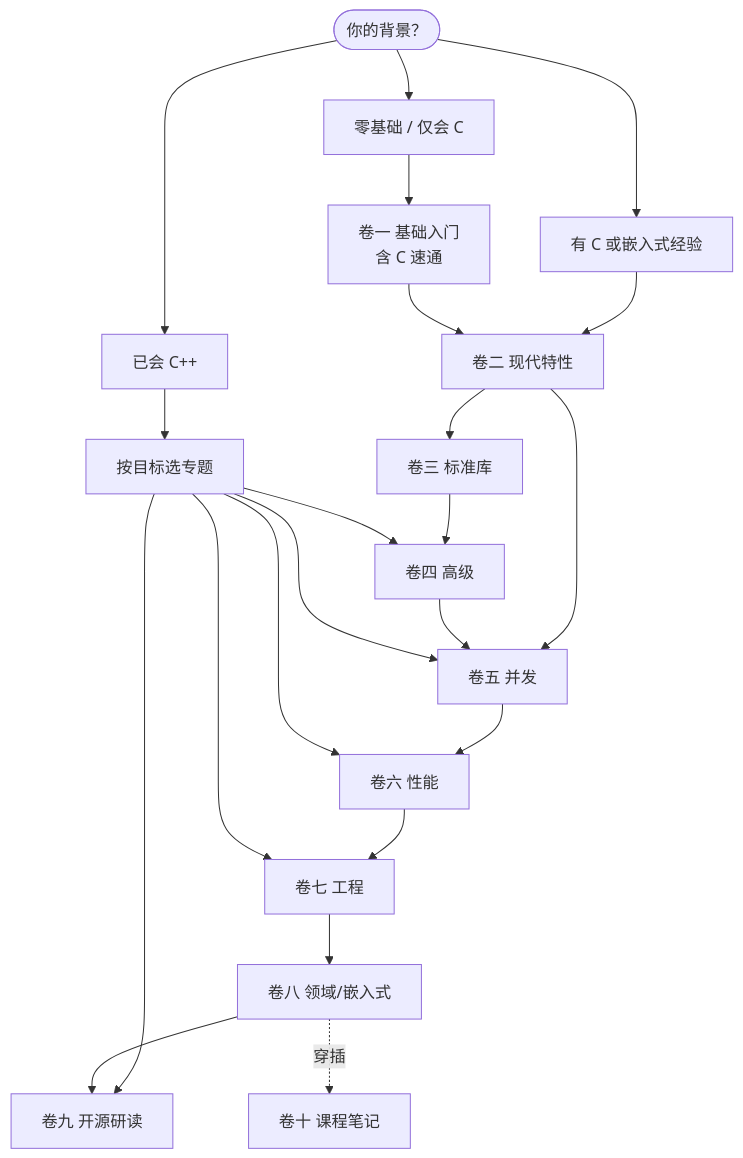
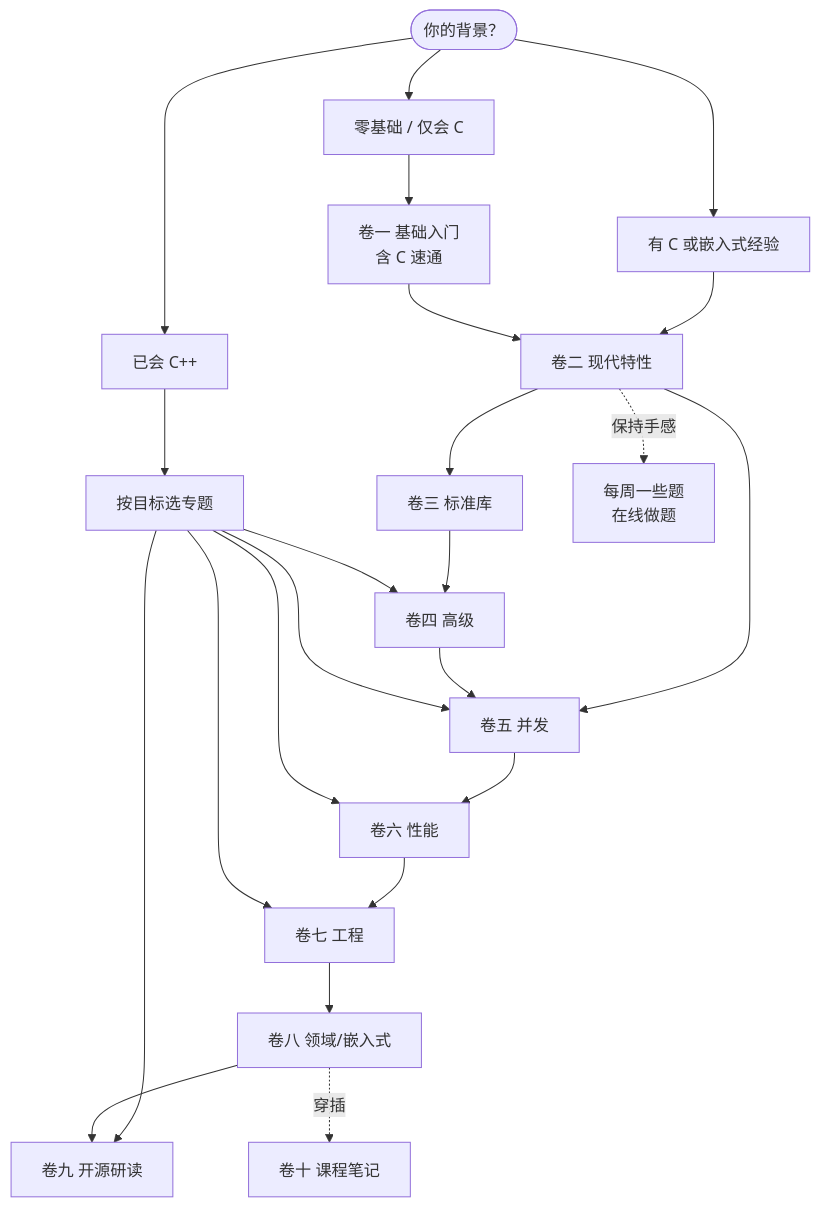
One commit to Awesome-Embedded-Learning-Studio/Tutorial_AwesomeModernCPP changed the diagram in documents/roadmap/index.md. Above: the diagram before and after it, drawn with Mermaid. The commit also changed other lines of this file and 84 other files, not shown here.

````diff
--- a/documents/roadmap/index.md
+++ b/documents/roadmap/index.md
@@ -31,28 +31,29 @@
 ```mermaid
 flowchart TD
     Start(["你的背景？"]) --> A["零基础 / 仅会 C"]
     Start --> B["有 C 或嵌入式经验"]
     Start --> C["已会 C++"]
 
     A --> V1["卷一 基础入门<br/>含 C 速通"]
     B --> V2["卷二 现代特性"]
     V1 --> V2
 
     V2 --> V3["卷三 标准库"]
     V2 --> V5["卷五 并发"]
     V3 --> V4["卷四 高级"]
     V4 --> V5
     V5 --> V6["卷六 性能"]
     V6 --> V7["卷七 工程"]
     V7 --> V8["卷八 领域/嵌入式"]
 
     C --> Goal["按目标选专题"]
     Goal --> V4
     Goal --> V5
     Goal --> V6
     Goal --> V7
     Goal --> V9["卷九 开源研读"]
 
     V8 --> V9
     V8 -.穿插.-> V10["卷十 课程笔记"]
+    V2 -.保持手感.-> WP["每周一些题<br/>在线做题"]
 ```
````
